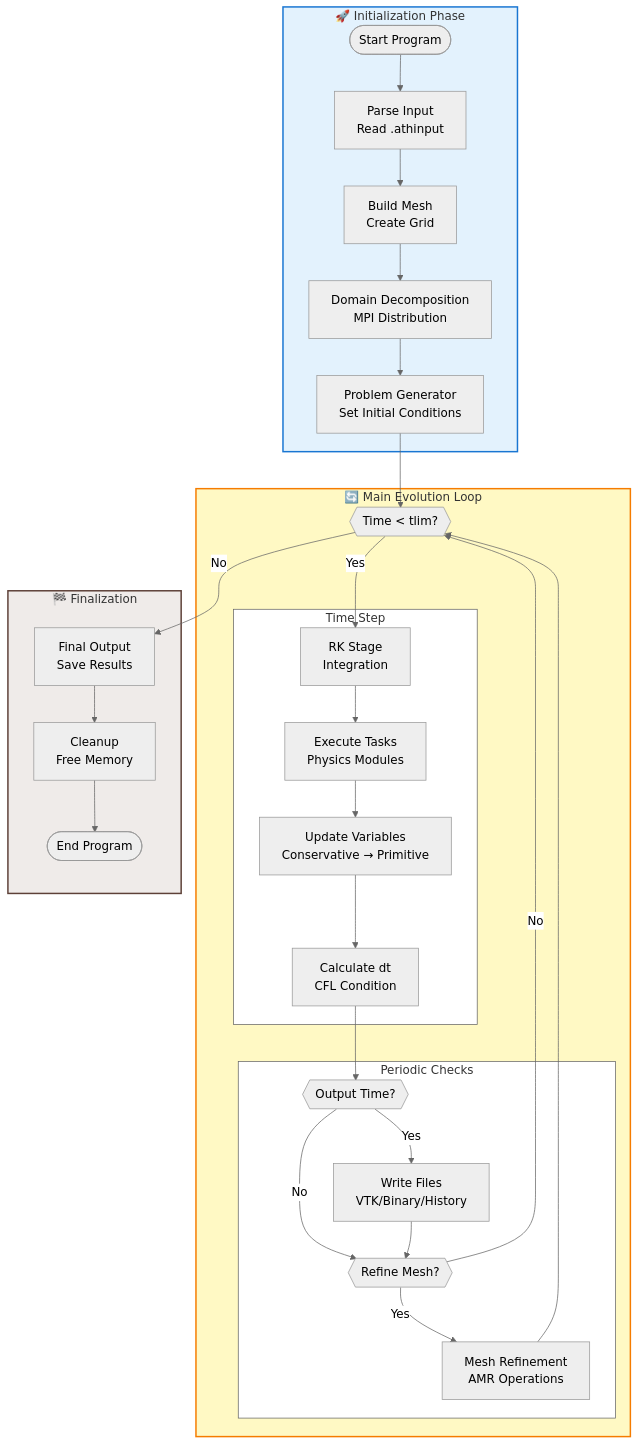
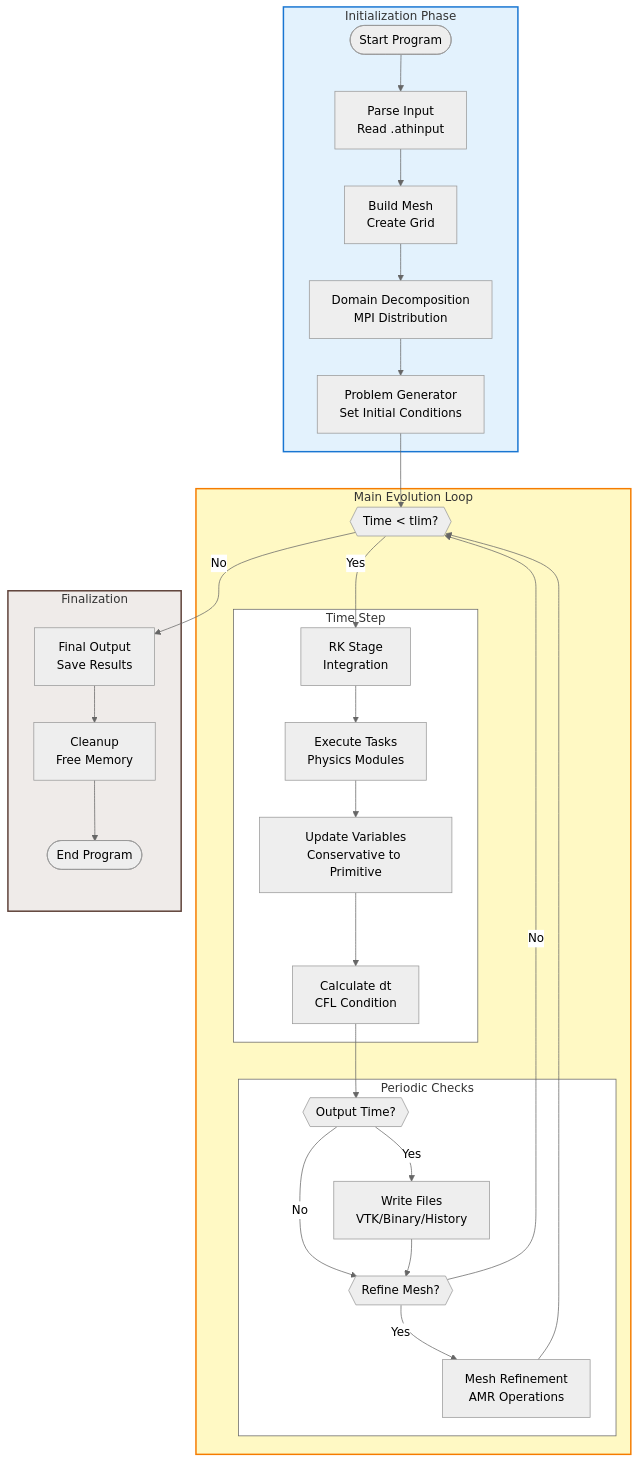
Before and after one commit to dfielding14/athenak: the second of 7 diagrams in docs/source/flowcharts/system_architecture.md, drawn with Mermaid (neutral theme). The commit also changed other lines of this file, not shown here.

First line of the commit message:
Remove emojis from flowchart labels to fix rendering issues

````diff
--- a/docs/source/flowcharts/system_architecture.md
+++ b/docs/source/flowcharts/system_architecture.md
@@ -132,68 +132,68 @@
 ```{mermaid}
 flowchart TD
-    subgraph Init["🚀 Initialization Phase"]
+    subgraph Init["Initialization Phase"]
         START([Start Program])
         PARSE[Parse Input<br/>Read .athinput]
         BUILD[Build Mesh<br/>Create Grid]
         DECOMP[Domain Decomposition<br/>MPI Distribution]
         PGEN_INIT[Problem Generator<br/>Set Initial Conditions]
         
         START --> PARSE
         PARSE --> BUILD
         BUILD --> DECOMP
         DECOMP --> PGEN_INIT
     end
 
-    subgraph Evolution["🔄 Main Evolution Loop"]
+    subgraph Evolution["Main Evolution Loop"]
         LOOP{{"Time < tlim?"}}
         
         subgraph TimeStep["Time Step"]
             STAGE[RK Stage<br/>Integration]
             TASKS_EXEC[Execute Tasks<br/>Physics Modules]
-            UPDATE[Update Variables<br/>Conservative → Primitive]
+            UPDATE[Update Variables<br/>Conservative to Primitive]
             NEWDT[Calculate dt<br/>CFL Condition]
         end
         
         subgraph Checks["Periodic Checks"]
             OUTPUT_CHECK{{"Output Time?"}}
             WRITE[Write Files<br/>VTK/Binary/History]
             AMR_CHECK{{"Refine Mesh?"}}
             REFINE[Mesh Refinement<br/>AMR Operations]
         end
         
         PGEN_INIT --> LOOP
         LOOP -->|Yes| STAGE
         STAGE --> TASKS_EXEC
         TASKS_EXEC --> UPDATE
         UPDATE --> NEWDT
         NEWDT --> OUTPUT_CHECK
         OUTPUT_CHECK -->|Yes| WRITE
         OUTPUT_CHECK -->|No| AMR_CHECK
         WRITE --> AMR_CHECK
         AMR_CHECK -->|Yes| REFINE
         AMR_CHECK -->|No| LOOP
         REFINE --> LOOP
     end
 
-    subgraph Finalize["🏁 Finalization"]
+    subgraph Finalize["Finalization"]
         FINAL_OUT[Final Output<br/>Save Results]
         CLEANUP[Cleanup<br/>Free Memory]
         END([End Program])
         
         LOOP -->|No| FINAL_OUT
         FINAL_OUT --> CLEANUP
         CLEANUP --> END
     end
 
     style Init fill:#e3f2fd,stroke:#1976d2,stroke-width:2px
     style Evolution fill:#fff9c4,stroke:#f57c00,stroke-width:2px
     style TimeStep fill:#ffffff,stroke:#666,stroke-width:1px
     style Checks fill:#ffffff,stroke:#666,stroke-width:1px
     style Finalize fill:#efebe9,stroke:#5d4037,stroke-width:2px
     
     click BUILD "../modules/mesh.html" "Go to Mesh Module"
     click PGEN_INIT "../modules/pgen.html" "Go to Problem Generators"
     click TASKS_EXEC "../modules/tasklist.html" "Go to TaskList Module"
     click WRITE "../modules/outputs.html" "Go to Outputs Module"
     click REFINE "../modules/mesh.html" "Go to Mesh Module"
 ```
````
